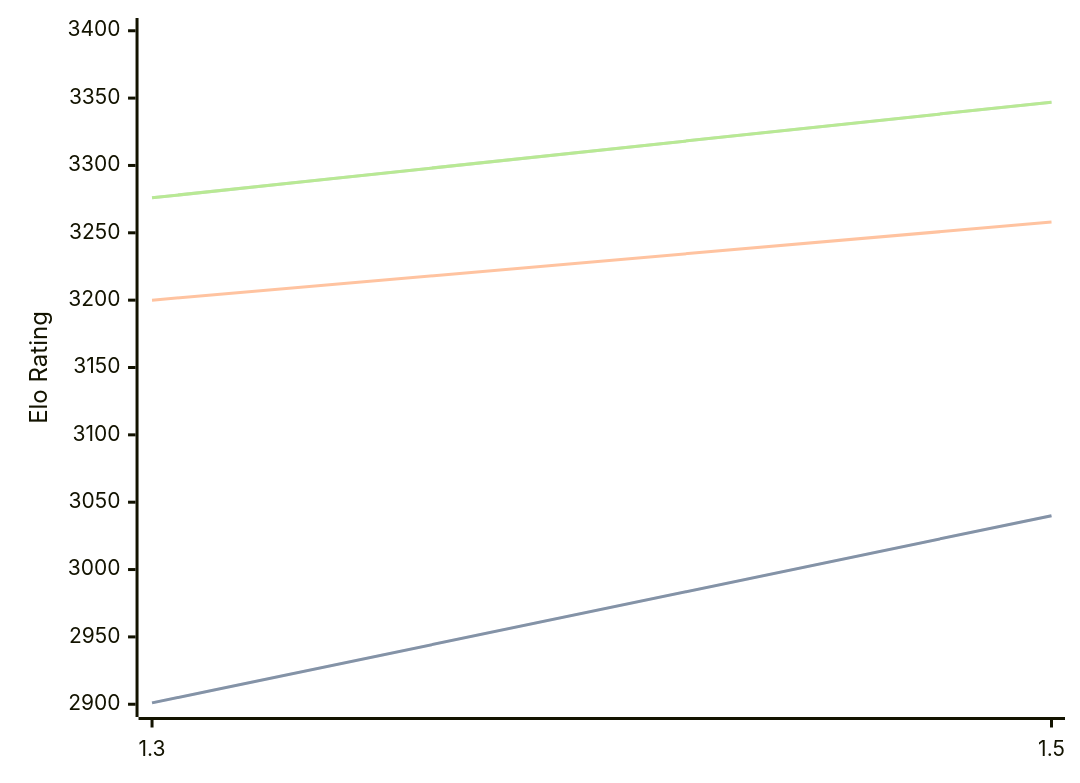
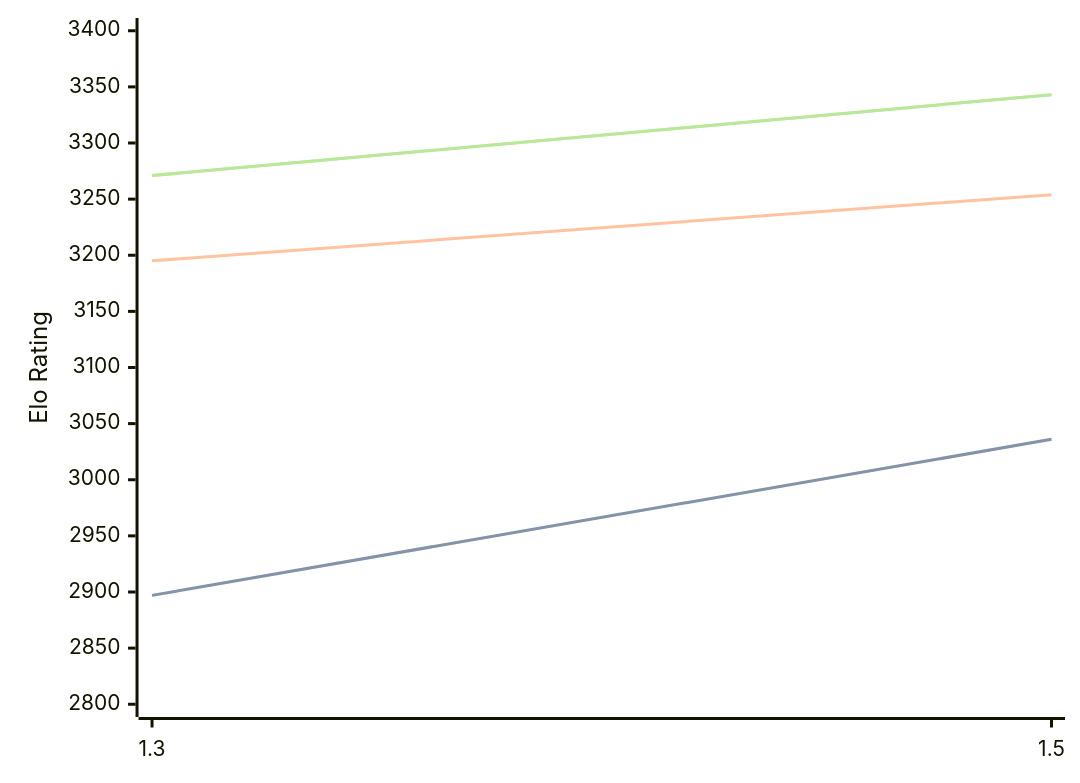
One commit to computer-chess-index/cci changed the third of 3 diagrams in engines/Lambergar.md. Above: the diagram before and after it, drawn with Mermaid. The commit also changed other lines of this file, not shown here.

Commit message:
Update CCI Ratings (ELO VLTC) - 2026-07-16

````diff
--- a/engines/Lambergar.md
+++ b/engines/Lambergar.md
@@ -77,11 +77,11 @@
 ```mermaid
 %%{init: {"theme":"base","themeVariables":{"seriesColors:['#a3a3a3','#222221','#faa371']}}}%%
 xychart-beta
   x-axis ["1.3", "1.5"]
-  y-axis "Elo Rating" 2900 --> 3400
-  line "STC (8.0+0.08s)" [2901, 3040]
-  line "STC (8.0+0.08s)" [2901, 3040]
-  line "LTC (60.0+0.60s)" [3200, 3258]
-  line "VLTC (2m24s+1.12s)" [3276, 3347]
-  line "VLTC (2m24s+1.12s)" [3276, 3347]
+  y-axis "Elo Rating" 2800 --> 3400
+  line "STC (8.0+0.08s)" [2897, 3036]
+  line "STC (8.0+0.08s)" [2897, 3036]
+  line "LTC (60.0+0.60s)" [3195, 3254]
+  line "VLTC (2m24s+1.12s)" [3271, 3343]
+  line "VLTC (2m24s+1.12s)" [3271, 3343]
 ```
````
